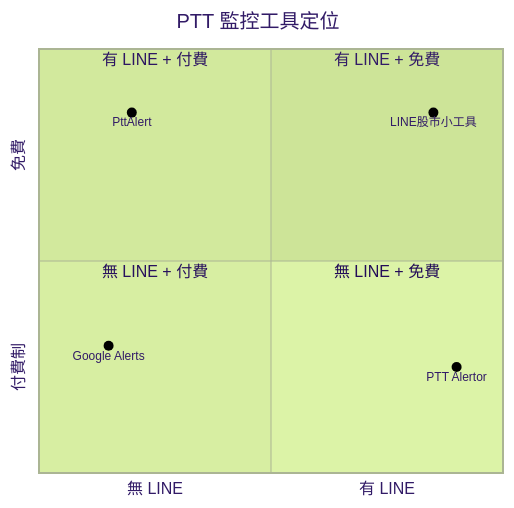
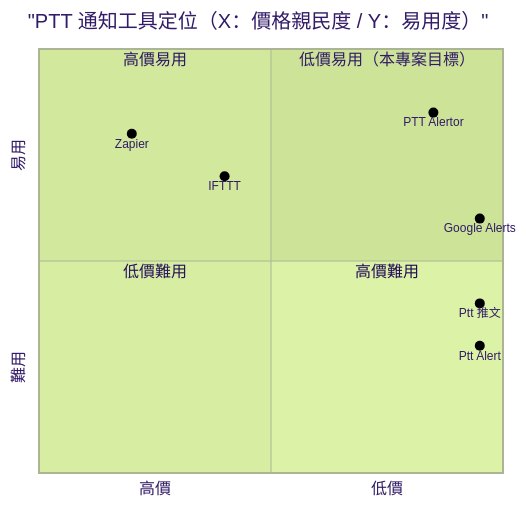
The third of 3 diagrams in SPEC.md (openclawsean024-create/ptt-alertor), drawn with Mermaid (forest theme) before and after one commit. The commit also changed other lines of this file, not shown here.

First line of the commit message:
docs: 升級 SPEC.md v1 → v2.2.1 (PTT Alertor)

````diff
--- a/SPEC.md
+++ b/SPEC.md
@@ -459,14 +545,16 @@
 ```mermaid
 quadrantChart
-    title PTT 監控工具定位
-    x-axis "無 LINE" --> "有 LINE"
-    y-axis "付費制" --> "免費"
-    quadrant-1 "有 LINE + 免費"
-    quadrant-2 "有 LINE + 付費"
-    quadrant-3 "無 LINE + 付費"
-    quadrant-4 "無 LINE + 免費"
-    PttAlert: [0.20, 0.85]
-    LINE股市小工具: [0.85, 0.85]
-    Google Alerts: [0.15, 0.30]
-    PTT Alertor: [0.90, 0.25]
+    title "PTT 通知工具定位（X：價格親民度 / Y：易用度）"
+    x-axis "高價" --> "低價"
+    y-axis "難用" --> "易用"
+    quadrant-1 "低價易用（本專案目標）"
+    quadrant-2 "高價易用"
+    quadrant-3 "低價難用"
+    quadrant-4 "高價難用"
+    "Google Alerts": [0.95, 0.6]
+    "Ptt Alert": [0.95, 0.3]
+    "Ptt 推文": [0.95, 0.4]
+    "IFTTT": [0.4, 0.7]
+    "Zapier": [0.2, 0.8]
+    "PTT Alertor": [0.85, 0.85]
 ```
````
